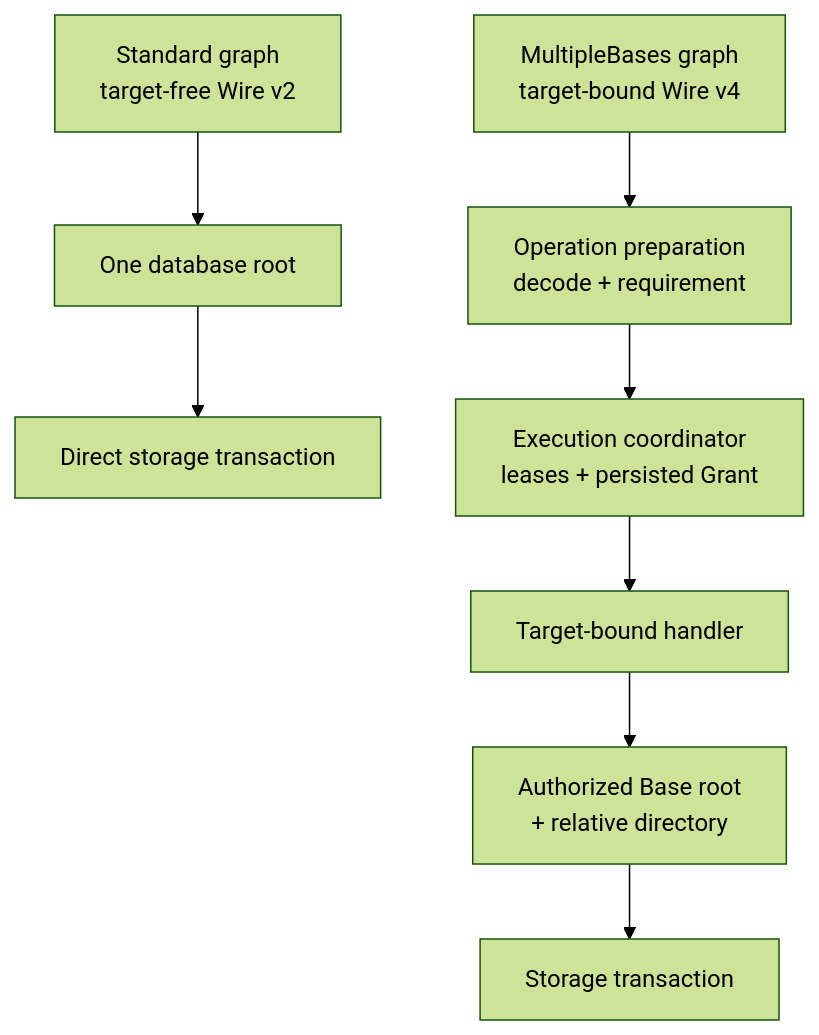
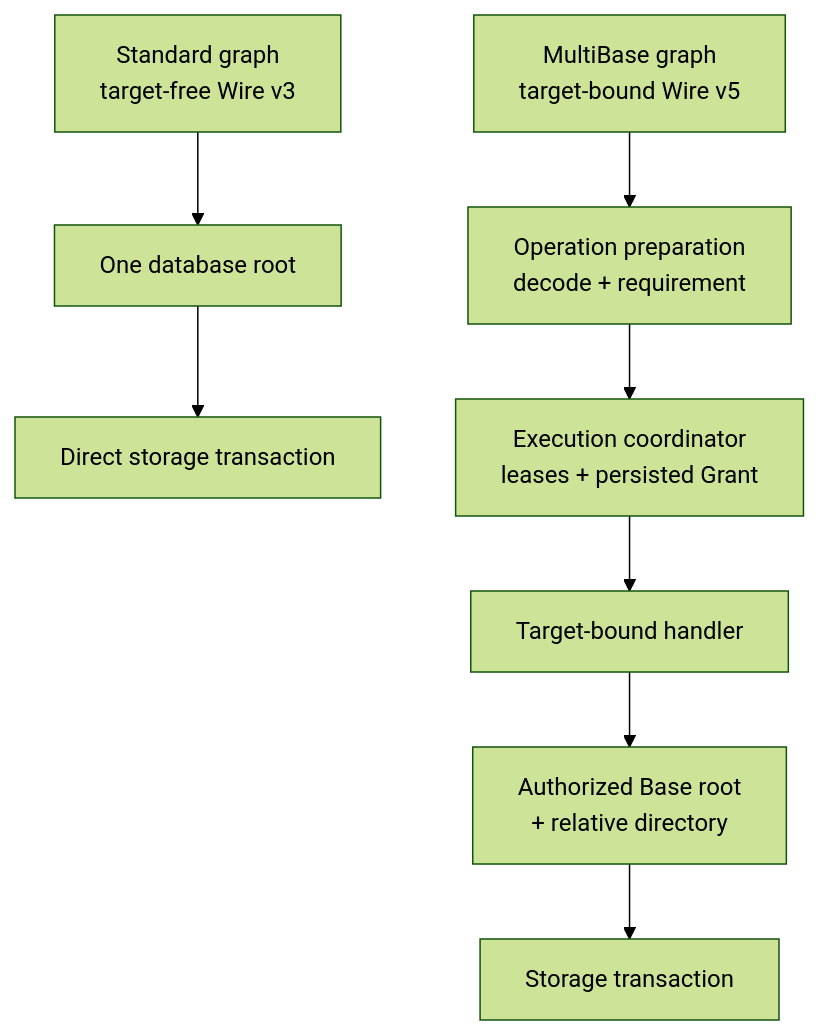
Before and after one commit to 1amageek/database-framework: the first of 8 diagrams in docs/base-composition-implementation-design.md, drawn with Mermaid (forest theme). The commit also changed other lines of this file and 514 other files, not shown here.

Commit message:
Redesign index runtime and MultiBase execution

````diff
--- a/docs/base-composition-implementation-design.md
+++ b/docs/base-composition-implementation-design.md
@@ -24,11 +23,11 @@
 ```mermaid
 flowchart TB
-    Standard["Standard graph<br/>target-free Wire v2"] --> Root["One database root"]
+    Standard["Standard graph<br/>target-free Wire v3"] --> Root["One database root"]
     Root --> StandardTransaction["Direct storage transaction"]
 
-    Multiple["MultipleBases graph<br/>target-bound Wire v4"] --> Prepare["Operation preparation<br/>decode + requirement"]
+    Multiple["MultiBase graph<br/>target-bound Wire v5"] --> Prepare["Operation preparation<br/>decode + requirement"]
     Prepare --> Bind["Execution coordinator<br/>leases + persisted Grant"]
     Bind --> Handler["Target-bound handler"]
     Handler --> Namespace["Authorized Base root<br/>+ relative directory"]
     Namespace --> MultipleTransaction["Storage transaction"]
 ```
````
